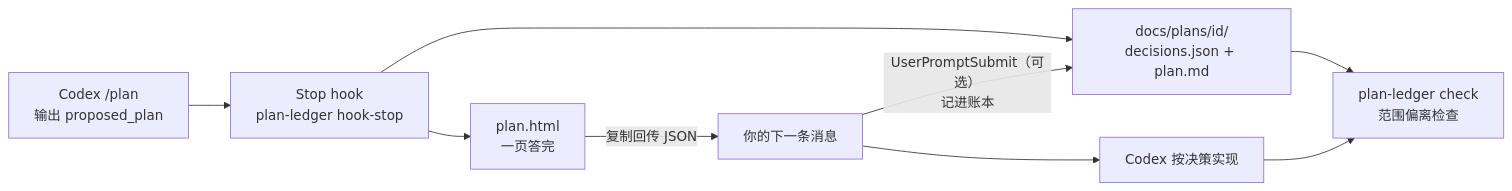
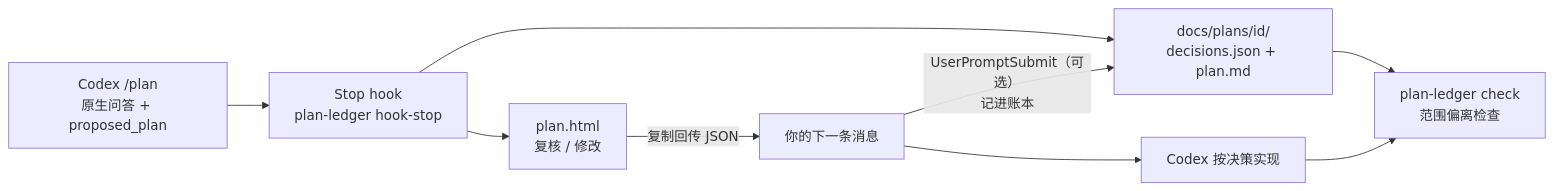
The diagram in README.md (miniLV/codex-plan-ledger), drawn with Mermaid before and after one commit. The commit also changed other lines of this file and 12 other files, not shown here.

````diff
--- a/README.md
+++ b/README.md
@@ -55,11 +57,11 @@
 ```mermaid
 flowchart LR
-  A["Codex /plan<br/>输出 proposed_plan"] --> B["Stop hook<br/>plan-ledger hook-stop"]
+  A["Codex /plan<br/>原生问答 + proposed_plan"] --> B["Stop hook<br/>plan-ledger hook-stop"]
   B --> C["docs/plans/id/<br/>decisions.json + plan.md"]
-  B --> D["plan.html<br/>一页答完"]
+  B --> D["plan.html<br/>复核 / 修改"]
   D -->|"复制回传 JSON"| E["你的下一条消息"]
   E -->|"UserPromptSubmit（可选）<br/>记进账本"| C
   E --> F["Codex 按决策实现"]
   F --> G["plan-ledger check<br/>范围偏离检查"]
   C --> G
 ```
````
